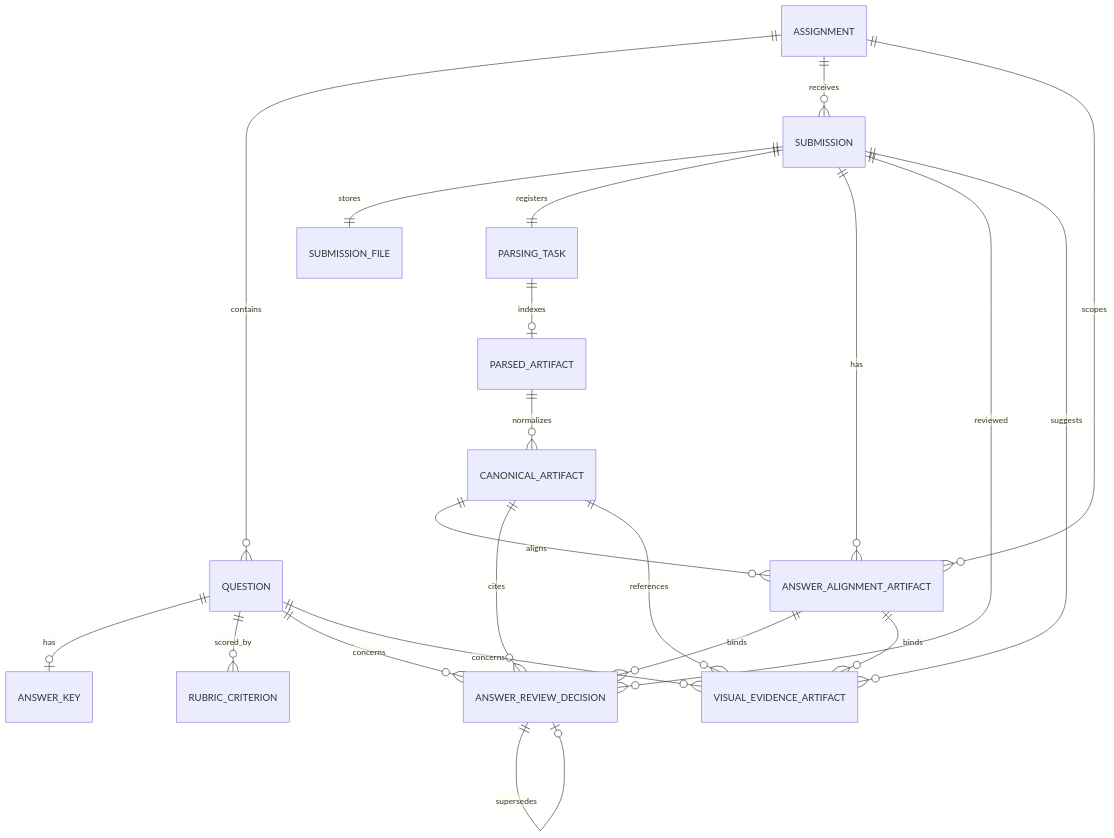
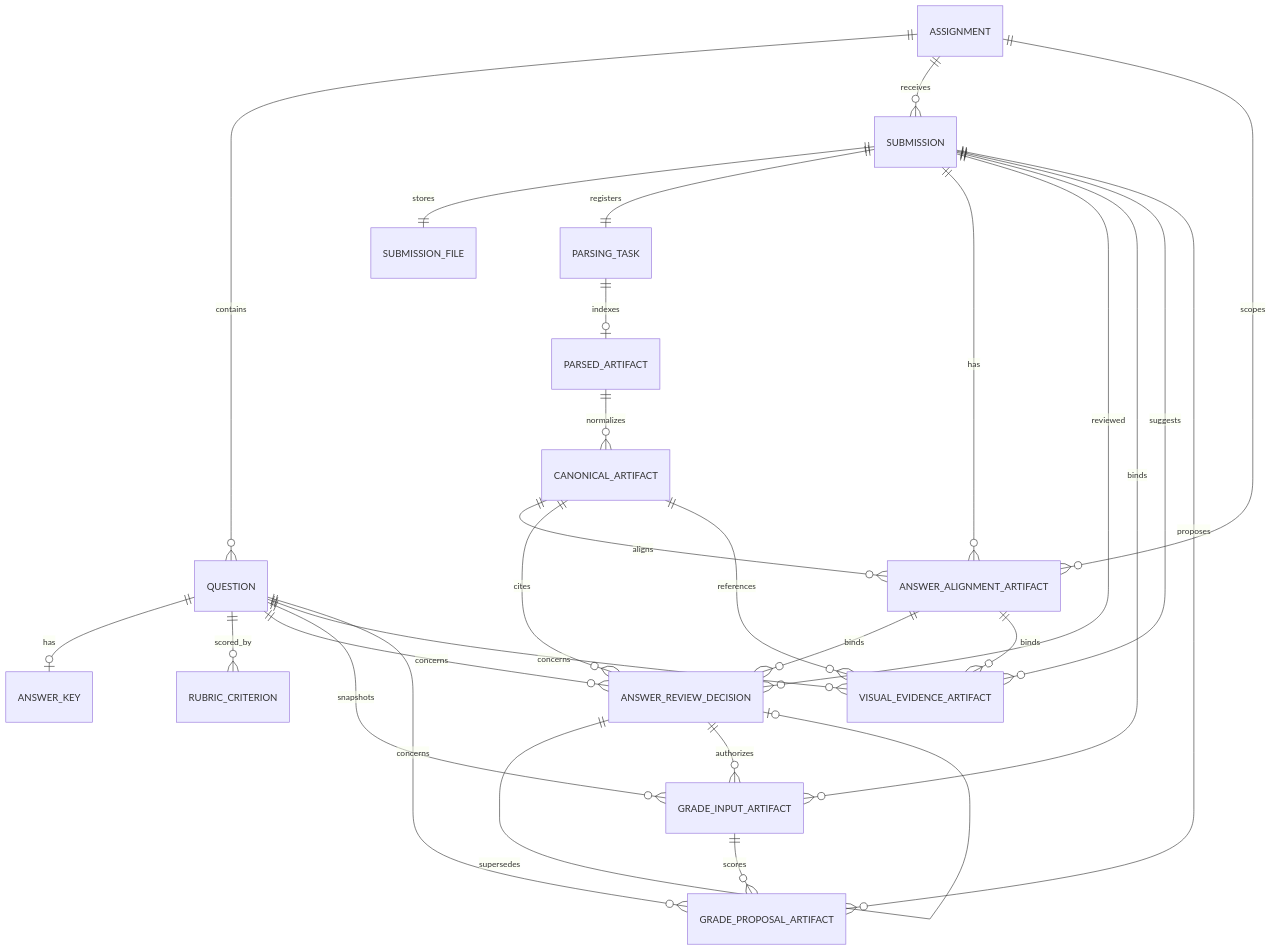
One commit to hvqo/huipi-cloud changed the diagram in docs/architecture.md. Above: the diagram before and after it, drawn with Mermaid. The commit also changed other lines of this file and 25 other files, not shown here.

````diff
--- a/docs/architecture.md
+++ b/docs/architecture.md
@@ -75,23 +76,29 @@
 ```mermaid
 erDiagram
     ASSIGNMENT ||--o{ QUESTION : contains
     QUESTION ||--o| ANSWER_KEY : has
     QUESTION ||--o{ RUBRIC_CRITERION : scored_by
     ASSIGNMENT ||--o{ SUBMISSION : receives
     SUBMISSION ||--|| SUBMISSION_FILE : stores
     SUBMISSION ||--|| PARSING_TASK : registers
     PARSING_TASK ||--o| PARSED_ARTIFACT : indexes
     PARSED_ARTIFACT ||--o{ CANONICAL_ARTIFACT : normalizes
     SUBMISSION ||--o{ ANSWER_ALIGNMENT_ARTIFACT : has
     ASSIGNMENT ||--o{ ANSWER_ALIGNMENT_ARTIFACT : scopes
     CANONICAL_ARTIFACT ||--o{ ANSWER_ALIGNMENT_ARTIFACT : aligns
     SUBMISSION ||--o{ ANSWER_REVIEW_DECISION : reviewed
     QUESTION ||--o{ ANSWER_REVIEW_DECISION : concerns
     ANSWER_ALIGNMENT_ARTIFACT ||--o{ ANSWER_REVIEW_DECISION : binds
     CANONICAL_ARTIFACT ||--o{ ANSWER_REVIEW_DECISION : cites
     ANSWER_REVIEW_DECISION ||--o| ANSWER_REVIEW_DECISION : supersedes
+    SUBMISSION ||--o{ GRADE_INPUT_ARTIFACT : binds
+    QUESTION ||--o{ GRADE_INPUT_ARTIFACT : snapshots
+    ANSWER_REVIEW_DECISION ||--o{ GRADE_INPUT_ARTIFACT : authorizes
+    GRADE_INPUT_ARTIFACT ||--o{ GRADE_PROPOSAL_ARTIFACT : scores
     SUBMISSION ||--o{ VISUAL_EVIDENCE_ARTIFACT : suggests
     QUESTION ||--o{ VISUAL_EVIDENCE_ARTIFACT : concerns
     CANONICAL_ARTIFACT ||--o{ VISUAL_EVIDENCE_ARTIFACT : references
     ANSWER_ALIGNMENT_ARTIFACT ||--o{ VISUAL_EVIDENCE_ARTIFACT : binds
+    SUBMISSION ||--o{ GRADE_PROPOSAL_ARTIFACT : proposes
+    QUESTION ||--o{ GRADE_PROPOSAL_ARTIFACT : concerns
 ```
````
